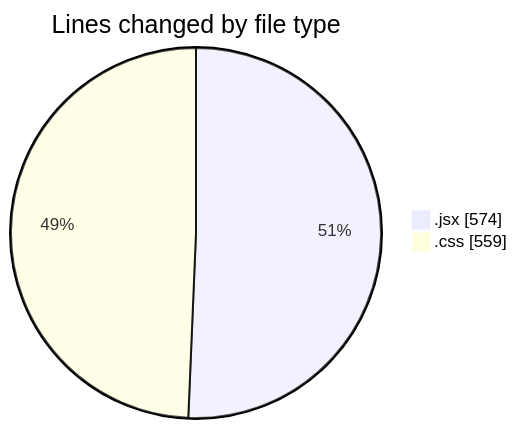
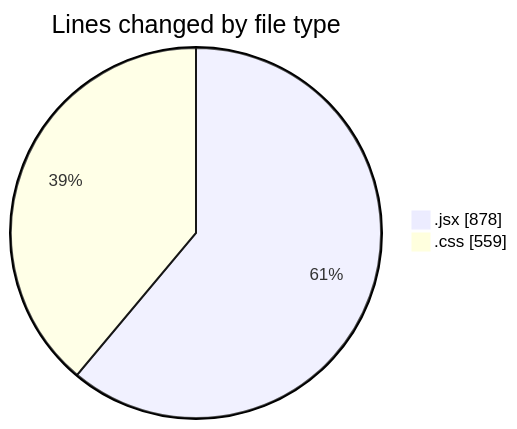
Before and after one commit to BS-eng2023/code-tracking: the first of 2 diagrams in 2025-05-08/react/README.md, drawn with Mermaid. The commit also changed other lines of this file and 1 other file, not shown here.

````diff
--- a/2025-05-08/react/README.md
+++ b/2025-05-08/react/README.md
@@ -24,6 +27,6 @@
 ```mermaid
 pie showData
 title Lines changed by file type
-".jsx" : 574
+".jsx" : 878
 ".css" : 559
 ```
````
